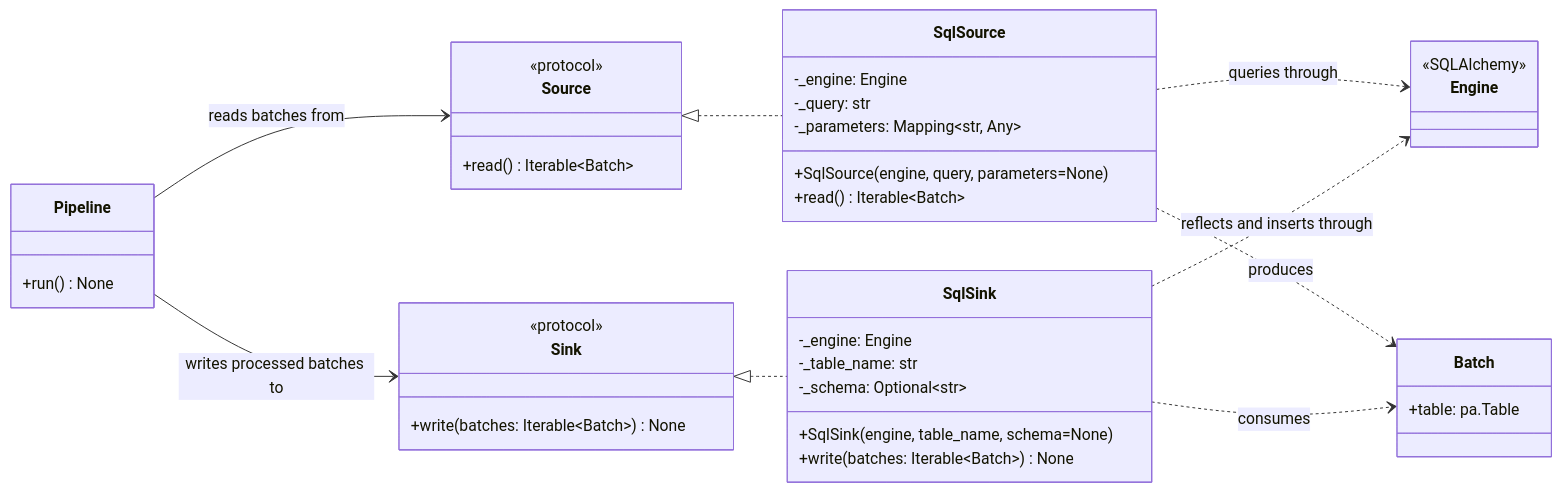
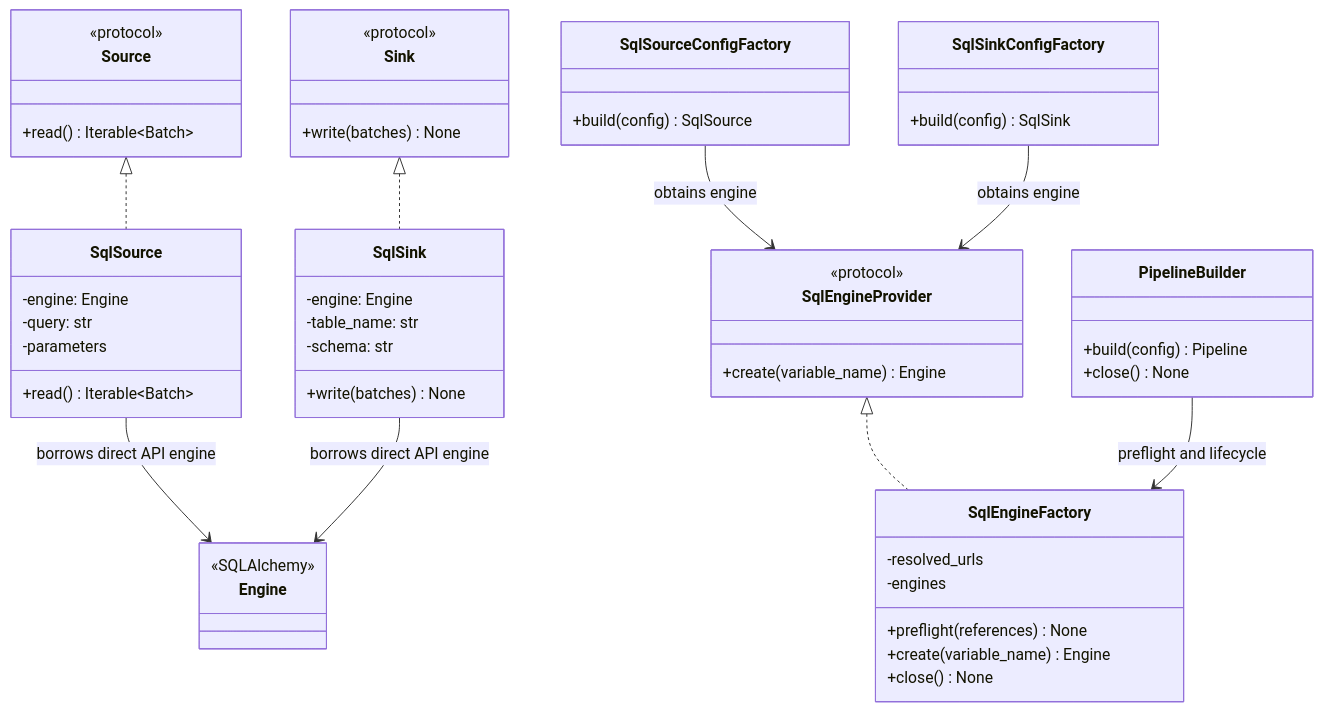
Before and after one commit to apaquette/ETLRelay: the second of 2 diagrams in docs/architecture/sql_source_and_sink.md, drawn with Mermaid. The commit also changed other lines of this file and 38 other files, not shown here.

````diff
--- a/docs/architecture/sql_source_and_sink.md
+++ b/docs/architecture/sql_source_and_sink.md
@@ -20,51 +149,58 @@
 ```mermaid
 classDiagram
-    direction LR
+    direction TB
 
     class Source {
         <<protocol>>
         +read() Iterable~Batch~
     }
-
     class Sink {
         <<protocol>>
-        +write(batches: Iterable~Batch~) None
+        +write(batches) None
     }
-
     class SqlSource {
-        -_engine: Engine
-        -_query: str
-        -_parameters: Mapping~str, Any~
-        +SqlSource(engine, query, parameters=None)
+        -engine: Engine
+        -query: str
+        -parameters
         +read() Iterable~Batch~
     }
-
     class SqlSink {
-        -_engine: Engine
-        -_table_name: str
-        -_schema: Optional~str~
-        +SqlSink(engine, table_name, schema=None)
-        +write(batches: Iterable~Batch~) None
+        -engine: Engine
+        -table_name: str
+        -schema: str
+        +write(batches) None
     }
-
-    class Batch {
-        +table: pa.Table
-    }
-
-    class Pipeline {
-        +run() None
-    }
-
     class Engine {
         <<SQLAlchemy>>
+    }
+    class SqlEngineProvider {
+        <<protocol>>
+        +create(variable_name) Engine
+    }
+    class SqlEngineFactory {
+        -resolved_urls
+        -engines
+        +preflight(references) None
+        +create(variable_name) Engine
+        +close() None
+    }
+    class SqlSourceConfigFactory {
+        +build(config) SqlSource
+    }
+    class SqlSinkConfigFactory {
+        +build(config) SqlSink
+    }
+    class PipelineBuilder {
+        +build(config) Pipeline
+        +close() None
     }
 
     Source <|.. SqlSource
     Sink <|.. SqlSink
-    SqlSource ..> Engine : queries through
-    SqlSink ..> Engine : reflects and inserts through
-    SqlSource ..> Batch : produces
-    SqlSink ..> Batch : consumes
-    Pipeline --> Source : reads batches from
-    Pipeline --> Sink : writes processed batches to
+    SqlSource --> Engine : borrows direct API engine
+    SqlSink --> Engine : borrows direct API engine
+    SqlEngineProvider <|.. SqlEngineFactory
+    SqlSourceConfigFactory --> SqlEngineProvider : obtains engine
+    SqlSinkConfigFactory --> SqlEngineProvider : obtains engine
+    PipelineBuilder --> SqlEngineFactory : preflight and lifecycle
 ```
````
